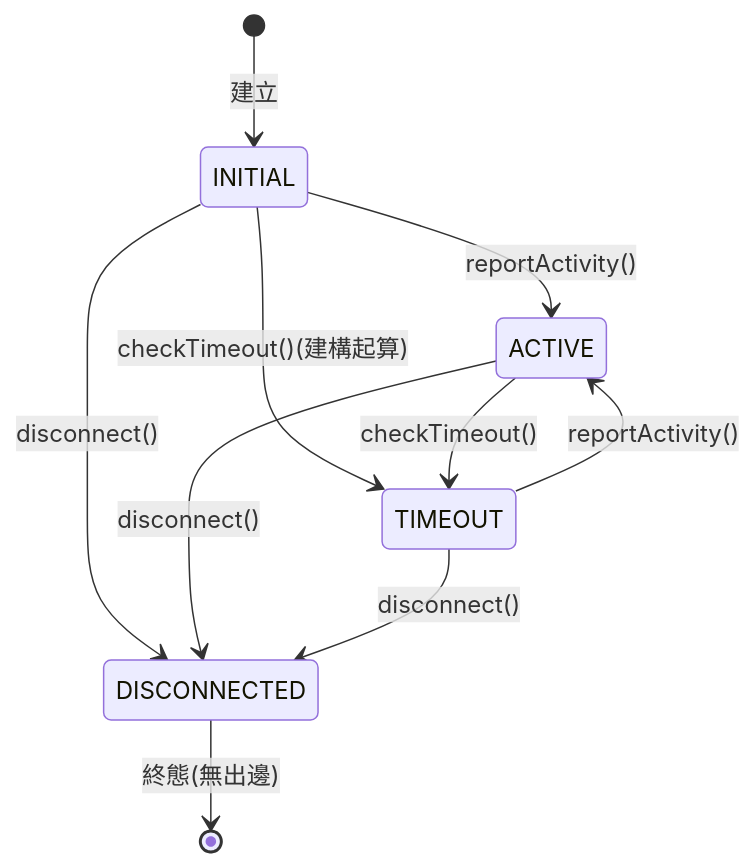
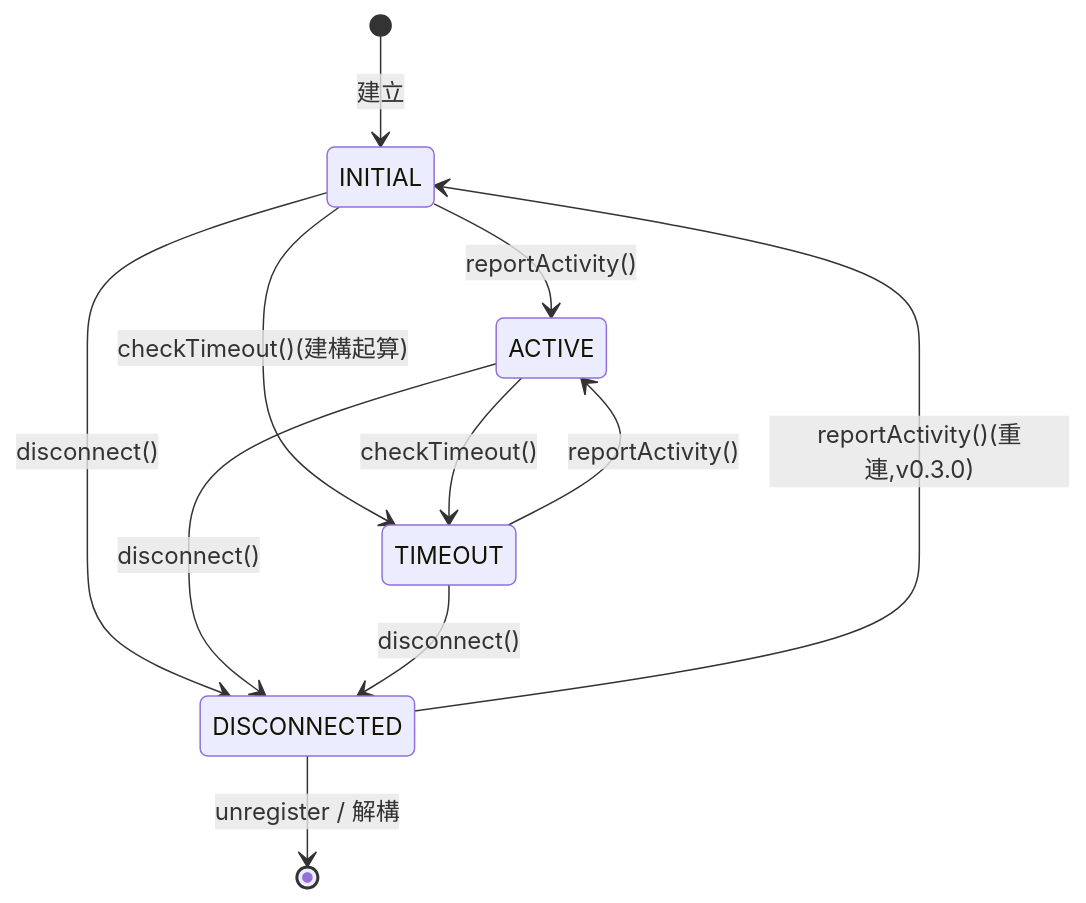
The second of 3 diagrams in r1_design_draft.md (cocobird231/rv2_project), drawn with Mermaid before and after one commit. The commit also changed other lines of this file, not shown here.

First line of the commit message:
doc: R1 CST draft v0.3.0 — RAII, reconnectable DISCONNECTED, ManagerStatus, data-rate, registerCallback

````diff
--- a/r1_design_draft.md
+++ b/r1_design_draft.md
@@ -143,12 +166,13 @@
 ```mermaid
 stateDiagram-v2
     [*] --> INITIAL : 建立
     INITIAL --> ACTIVE : reportActivity()
     INITIAL --> TIMEOUT : checkTimeout()(建構起算)
     ACTIVE --> TIMEOUT : checkTimeout()
     TIMEOUT --> ACTIVE : reportActivity()
     INITIAL --> DISCONNECTED : disconnect()
     ACTIVE --> DISCONNECTED : disconnect()
     TIMEOUT --> DISCONNECTED : disconnect()
-    DISCONNECTED --> [*] : 終態(無出邊)
+    DISCONNECTED --> INITIAL : reportActivity()(重連,v0.3.0)
+    DISCONNECTED --> [*] : unregister / 解構
 ```
````
